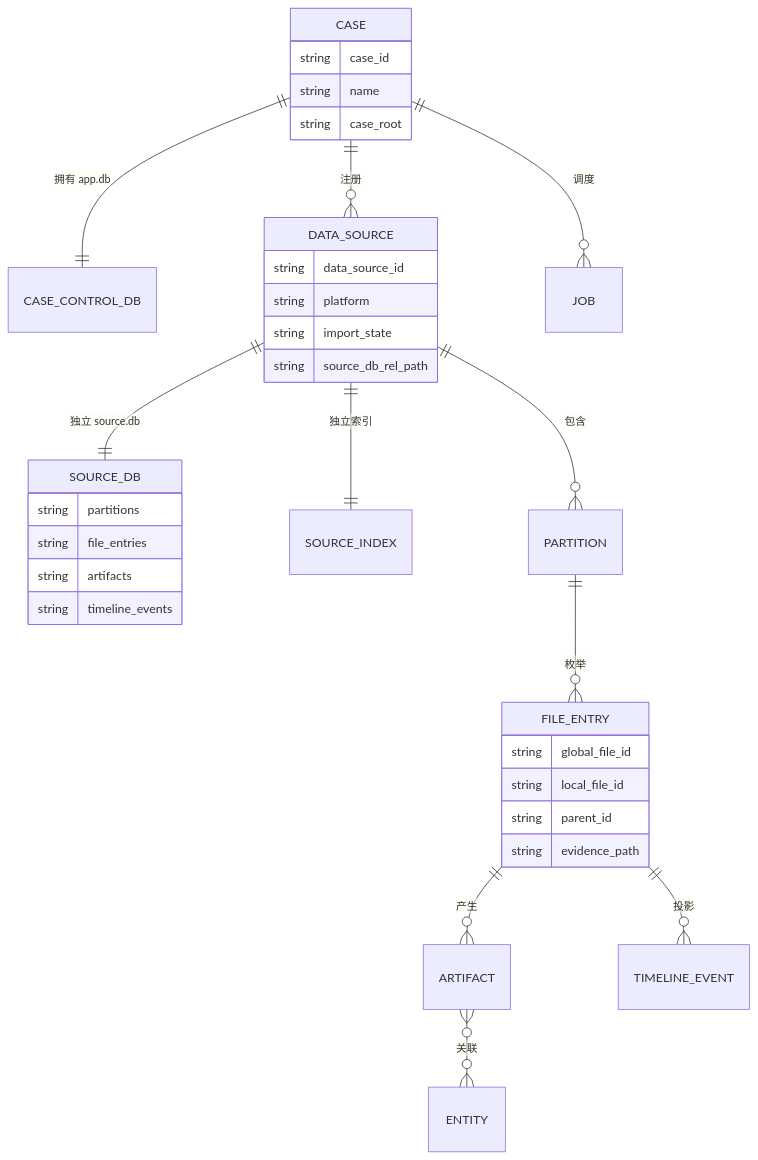
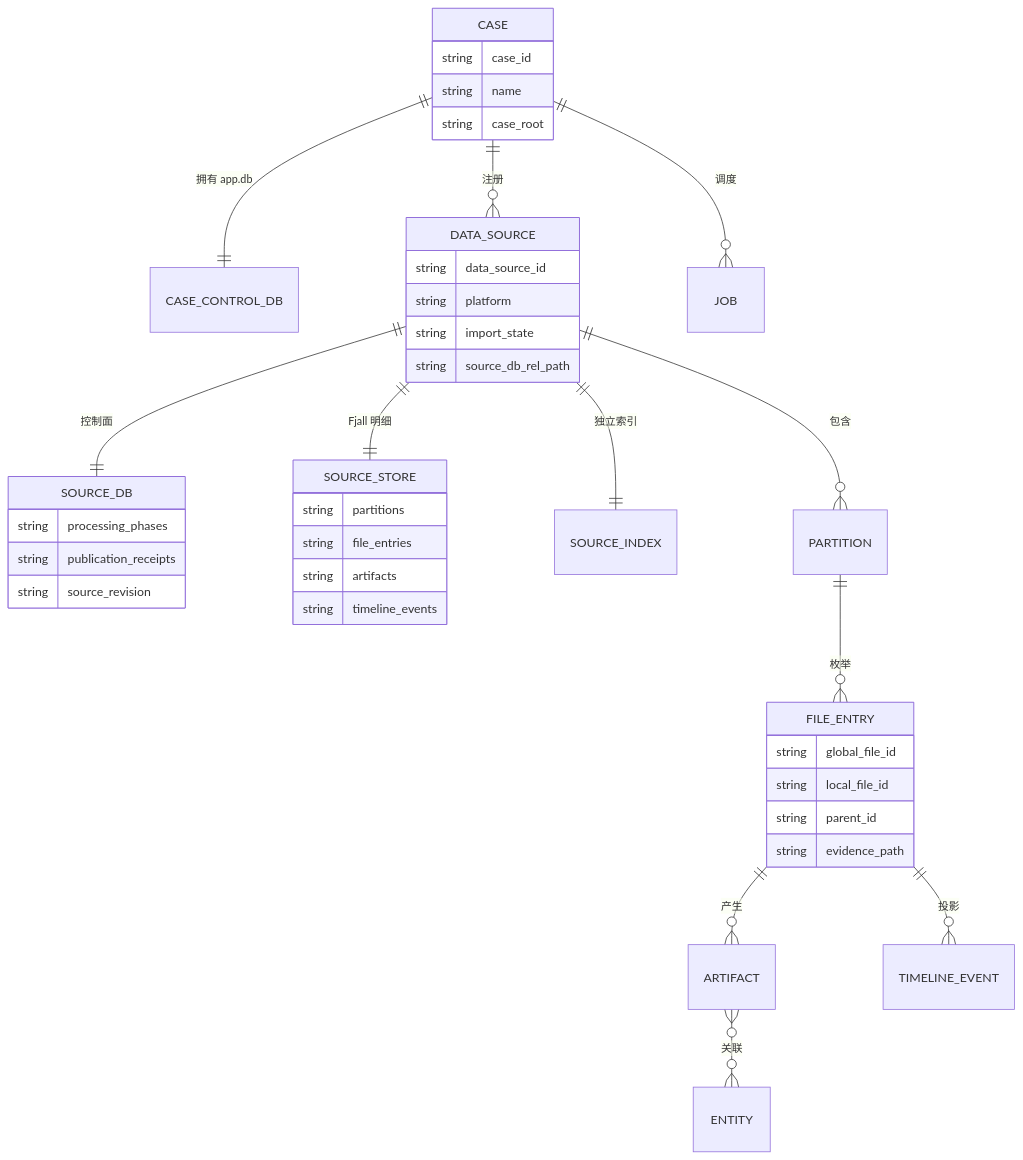
One commit to lQ-A-Ql/meow-detective changed the second of 6 diagrams in README.md. Above: the diagram before and after it, drawn with Mermaid. The commit also changed other lines of this file, not shown here.

````diff
--- a/README.md
+++ b/README.md
@@ -155,37 +168,43 @@
 ```mermaid
 erDiagram
     CASE ||--|| CASE_CONTROL_DB : "拥有 app.db"
     CASE ||--o{ DATA_SOURCE : "注册"
     CASE ||--o{ JOB : "调度"
-    DATA_SOURCE ||--|| SOURCE_DB : "独立 source.db"
+    DATA_SOURCE ||--|| SOURCE_DB : "控制面"
+    DATA_SOURCE ||--|| SOURCE_STORE : "Fjall 明细"
     DATA_SOURCE ||--|| SOURCE_INDEX : "独立索引"
     DATA_SOURCE ||--o{ PARTITION : "包含"
     PARTITION ||--o{ FILE_ENTRY : "枚举"
     FILE_ENTRY ||--o{ ARTIFACT : "产生"
     FILE_ENTRY ||--o{ TIMELINE_EVENT : "投影"
     ARTIFACT }o--o{ ENTITY : "关联"
 
     CASE {
         string case_id
         string name
         string case_root
     }
     DATA_SOURCE {
         string data_source_id
         string platform
         string import_state
         string source_db_rel_path
     }
     SOURCE_DB {
+        string processing_phases
+        string publication_receipts
+        string source_revision
+    }
+    SOURCE_STORE {
         string partitions
         string file_entries
         string artifacts
         string timeline_events
     }
     FILE_ENTRY {
         string global_file_id
         string local_file_id
         string parent_id
         string evidence_path
     }
 ```
````
